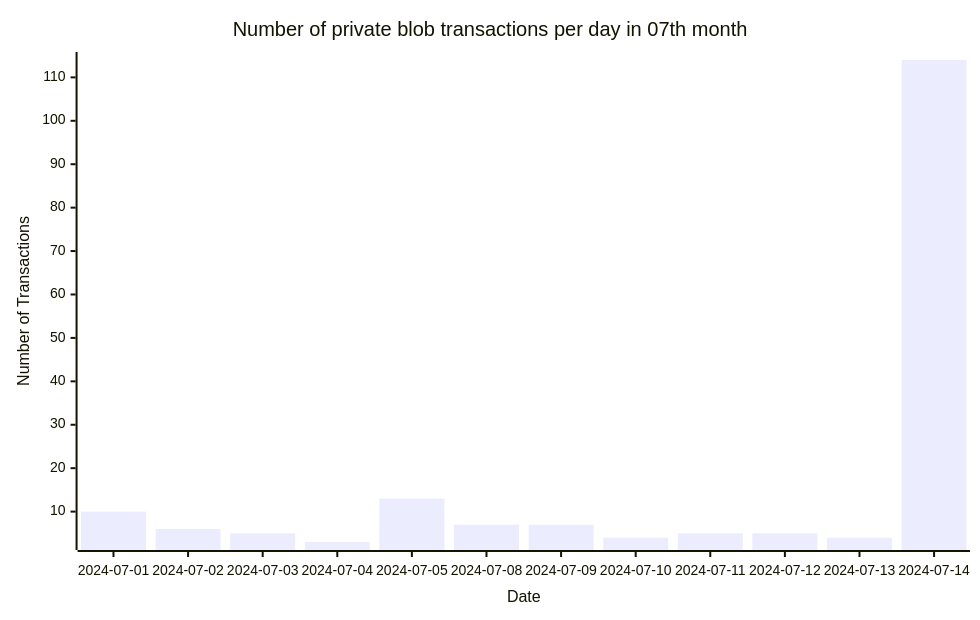
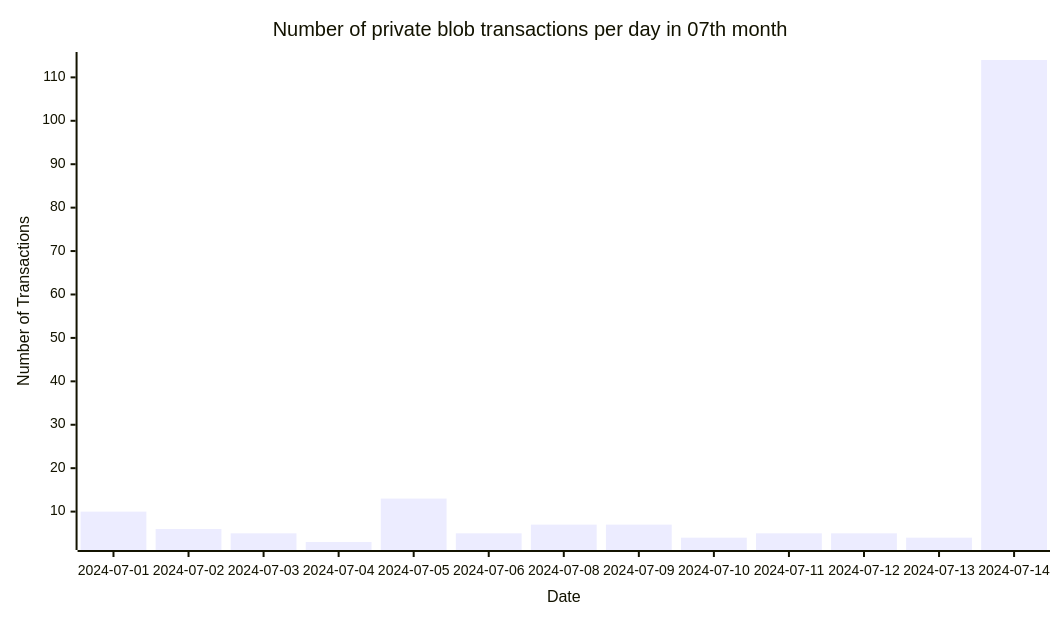
One commit to Amit0617/eip4844-data changed the fifth of 5 diagrams in README.md. Above: the diagram before and after it, drawn with Mermaid. The commit also changed 1 other file, not shown here.

````diff
--- a/README.md
+++ b/README.md
@@ -53,12 +53,12 @@
 ```mermaid
 ---
 config:
     xyChart:
-        width: 960
+        width: 1040
         height: 600
 ---
 xychart-beta title "Number of private blob transactions per day in 07th month"
-x-axis "Date" [2024-07-01,2024-07-02,2024-07-03,2024-07-04,2024-07-05,2024-07-08,2024-07-09,2024-07-10,2024-07-11,2024-07-12,2024-07-13,2024-07-14]
+x-axis "Date" [2024-07-01,2024-07-02,2024-07-03,2024-07-04,2024-07-05,2024-07-06,2024-07-08,2024-07-09,2024-07-10,2024-07-11,2024-07-12,2024-07-13,2024-07-14]
 y-axis "Number of Transactions"
-bar[10,6,5,3,13,7,7,4,5,5,4,114]
+bar[10,6,5,3,13,5,7,7,4,5,5,4,114]
 ```
````
